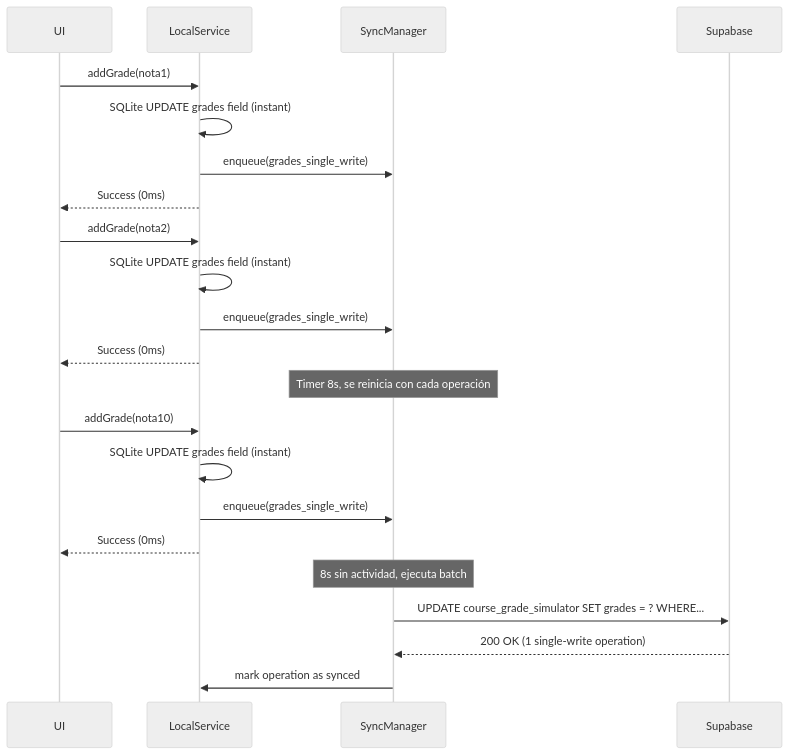
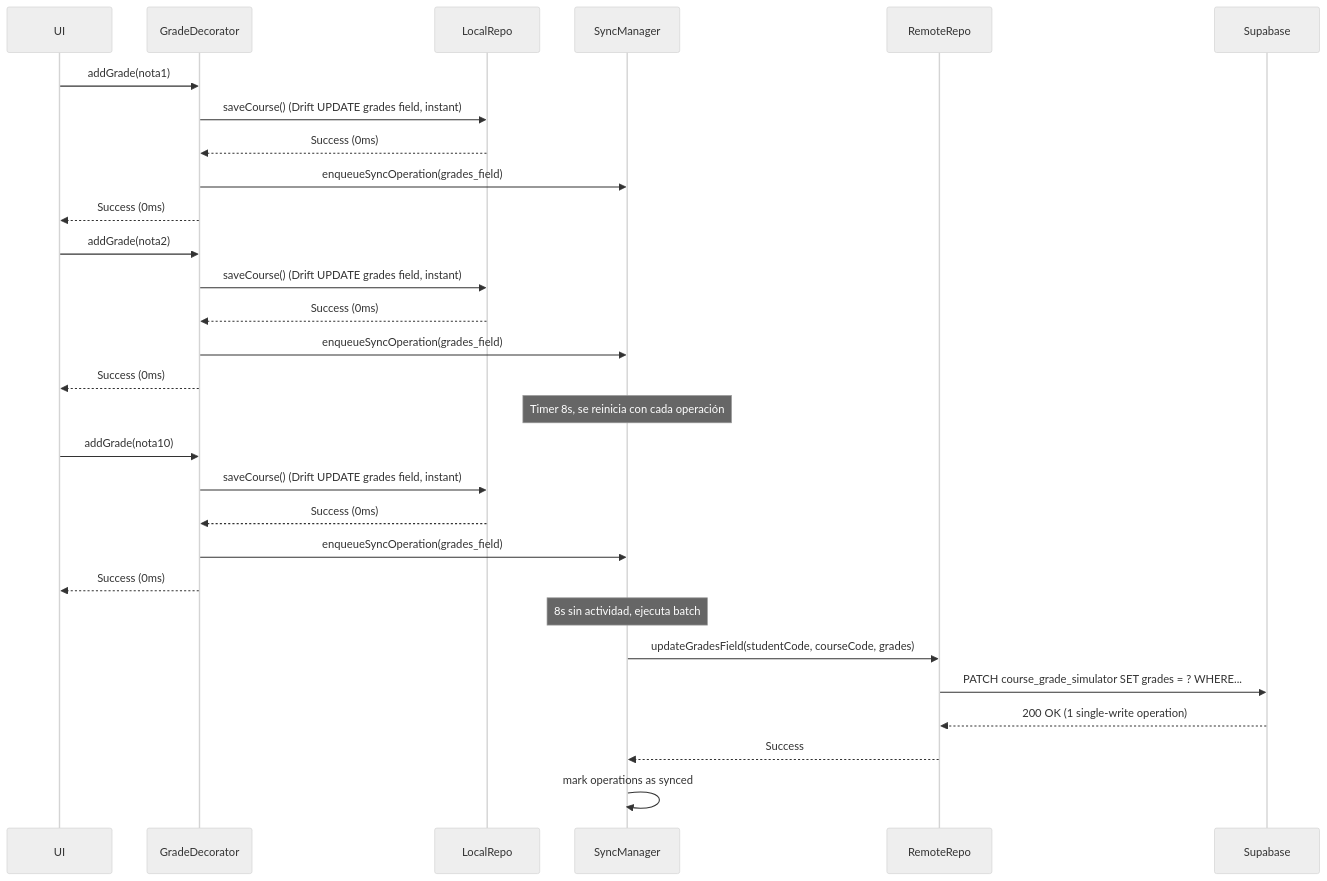
One commit to sigapp-unp/sigapp-mobile changed the first of 6 diagrams in docs/database-optimization-strategy.md. Above: the diagram before and after it, drawn with Mermaid (neutral theme). The commit also changed other lines of this file and 35 other files, not shown here.

First line of the commit message:
Refactor grade tracking cache service and sync manager; migrate to drift and sqlite3_flutter_libs

````diff
--- a/docs/database-optimization-strategy.md
+++ b/docs/database-optimization-strategy.md
@@ -76,30 +80,37 @@
 ```mermaid
 sequenceDiagram
     participant UI
-    participant LocalService
+    participant GradeDecorator
+    participant LocalRepo
     participant SyncManager
+    participant RemoteRepo
     participant Supabase
 
-    UI->>LocalService: addGrade(nota1)
-    LocalService->>LocalService: SQLite UPDATE grades field (instant)
-    LocalService->>SyncManager: enqueue(grades_single_write)
-    LocalService-->>UI: Success (0ms)
+    UI->>GradeDecorator: addGrade(nota1)
+    GradeDecorator->>LocalRepo: saveCourse() (Drift UPDATE grades field, instant)
+    LocalRepo-->>GradeDecorator: Success (0ms)
+    GradeDecorator->>SyncManager: enqueueSyncOperation(grades_field)
+    GradeDecorator-->>UI: Success (0ms)
 
-    UI->>LocalService: addGrade(nota2)
-    LocalService->>LocalService: SQLite UPDATE grades field (instant)
-    LocalService->>SyncManager: enqueue(grades_single_write)
-    LocalService-->>UI: Success (0ms)
+    UI->>GradeDecorator: addGrade(nota2)
+    GradeDecorator->>LocalRepo: saveCourse() (Drift UPDATE grades field, instant)
+    LocalRepo-->>GradeDecorator: Success (0ms)
+    GradeDecorator->>SyncManager: enqueueSyncOperation(grades_field)
+    GradeDecorator-->>UI: Success (0ms)
 
     Note over SyncManager: Timer 8s, se reinicia con cada operación
 
-    UI->>LocalService: addGrade(nota10)
-    LocalService->>LocalService: SQLite UPDATE grades field (instant)
-    LocalService->>SyncManager: enqueue(grades_single_write)
-    LocalService-->>UI: Success (0ms)
+    UI->>GradeDecorator: addGrade(nota10)
+    GradeDecorator->>LocalRepo: saveCourse() (Drift UPDATE grades field, instant)
+    LocalRepo-->>GradeDecorator: Success (0ms)
+    GradeDecorator->>SyncManager: enqueueSyncOperation(grades_field)
+    GradeDecorator-->>UI: Success (0ms)
 
     Note over SyncManager: 8s sin actividad, ejecuta batch
 
-    SyncManager->>Supabase: UPDATE course_grade_simulator SET grades = ? WHERE...
-    Supabase-->>SyncManager: 200 OK (1 single-write operation)
-    SyncManager->>LocalService: mark operation as synced
+    SyncManager->>RemoteRepo: updateGradesField(studentCode, courseCode, grades)
+    RemoteRepo->>Supabase: PATCH course_grade_simulator SET grades = ? WHERE...
+    Supabase-->>RemoteRepo: 200 OK (1 single-write operation)
+    RemoteRepo-->>SyncManager: Success
+    SyncManager->>SyncManager: mark operations as synced
 ```
````
